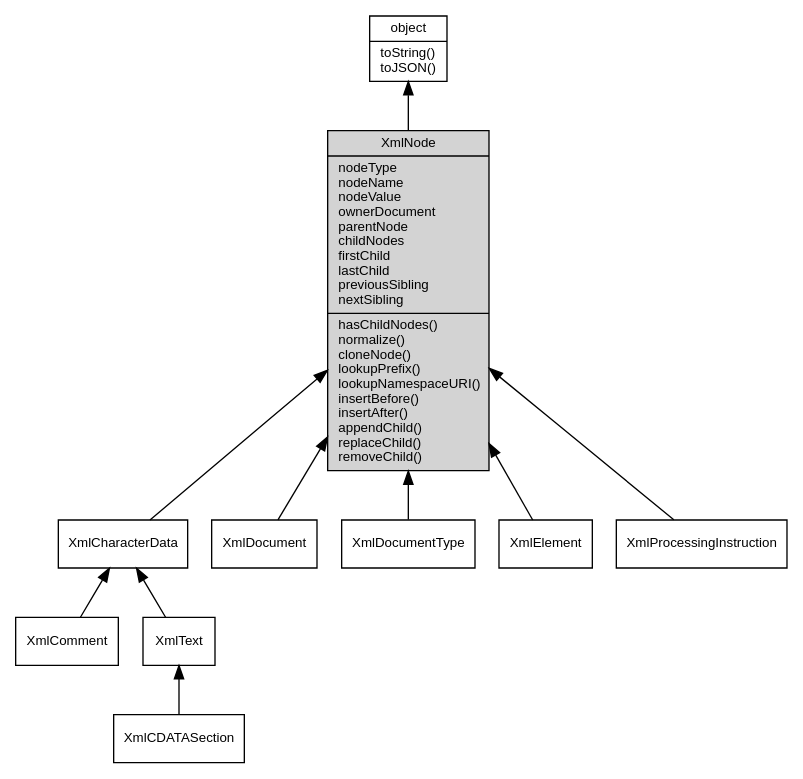
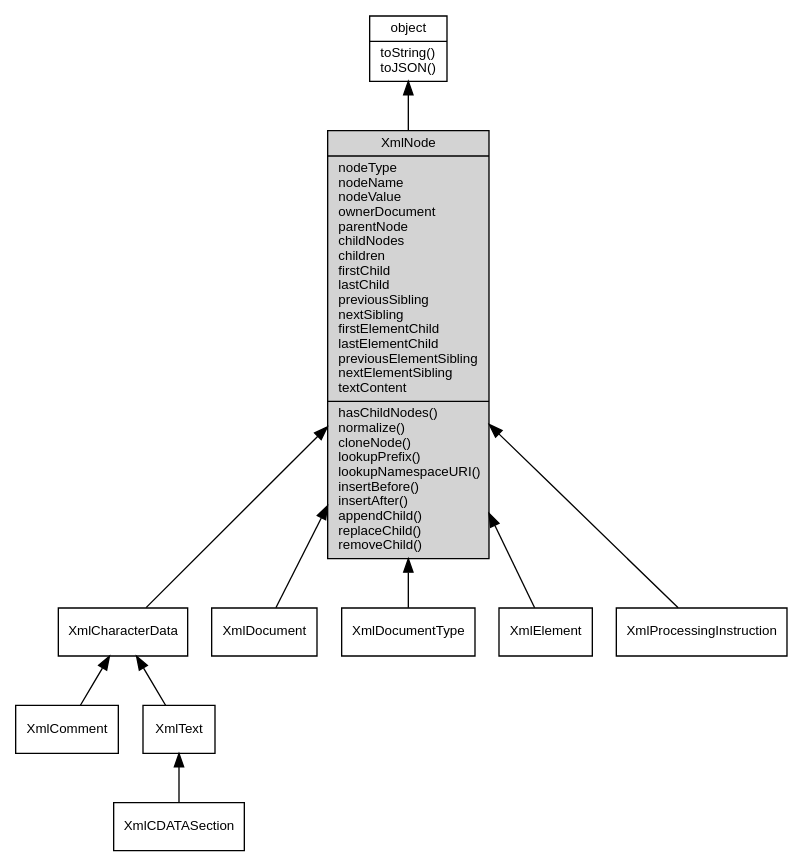
One commit to fibjs/fibjs.org changed the diagram in docs/manual/object/ifs/XmlNode.md. Above: the diagram before and after it, drawn with Graphviz. The commit also changed other lines of this file and 41 other files, not shown here.

````diff
--- a/docs/manual/object/ifs/XmlNode.md
+++ b/docs/manual/object/ifs/XmlNode.md
@@ -5,26 +5,26 @@
 ```dot
 digraph {
     node [fontname="Helvetica,sans-Serif", fontsize=10, shape="record", style="filled", fillcolor="white"];
 
     object [tooltip="object", URL="object.md", label="{object|toString()\ltoJSON()\l}"];
-    XmlNode [tooltip="XmlNode", fillcolor="lightgray", id="me", label="{XmlNode|nodeType\lnodeName\lnodeValue\lownerDocument\lparentNode\lchildNodes\lfirstChild\llastChild\lpreviousSibling\lnextSibling\l|hasChildNodes()\lnormalize()\lcloneNode()\llookupPrefix()\llookupNamespaceURI()\linsertBefore()\linsertAfter()\lappendChild()\lreplaceChild()\lremoveChild()\l}"];
+    XmlNode [tooltip="XmlNode", fillcolor="lightgray", id="me", label="{XmlNode|nodeType\lnodeName\lnodeValue\lownerDocument\lparentNode\lchildNodes\lchildren\lfirstChild\llastChild\lpreviousSibling\lnextSibling\lfirstElementChild\llastElementChild\lpreviousElementSibling\lnextElementSibling\ltextContent\l|hasChildNodes()\lnormalize()\lcloneNode()\llookupPrefix()\llookupNamespaceURI()\linsertBefore()\linsertAfter()\lappendChild()\lreplaceChild()\lremoveChild()\l}"];
     XmlCharacterData [tooltip="XmlCharacterData", URL="XmlCharacterData.md", label="{XmlCharacterData}"];
     XmlComment [tooltip="XmlComment", URL="XmlComment.md", label="{XmlComment}"];
     XmlText [tooltip="XmlText", URL="XmlText.md", label="{XmlText}"];
     XmlCDATASection [tooltip="XmlCDATASection", URL="XmlCDATASection.md", label="{XmlCDATASection}"];
     XmlDocument [tooltip="XmlDocument", URL="XmlDocument.md", label="{XmlDocument}"];
     XmlDocumentType [tooltip="XmlDocumentType", URL="XmlDocumentType.md", label="{XmlDocumentType}"];
     XmlElement [tooltip="XmlElement", URL="XmlElement.md", label="{XmlElement}"];
     XmlProcessingInstruction [tooltip="XmlProcessingInstruction", URL="XmlProcessingInstruction.md", label="{XmlProcessingInstruction}"];
 
     object -> XmlNode [dir=back];
     XmlNode -> XmlCharacterData [dir=back];
     XmlCharacterData -> XmlComment [dir=back];
     XmlCharacterData -> XmlText [dir=back];
     XmlText -> XmlCDATASection [dir=back];
     XmlNode -> XmlDocument [dir=back];
     XmlNode -> XmlDocumentType [dir=back];
     XmlNode -> XmlElement [dir=back];
     XmlNode -> XmlProcessingInstruction [dir=back];
 }
 ```
````
